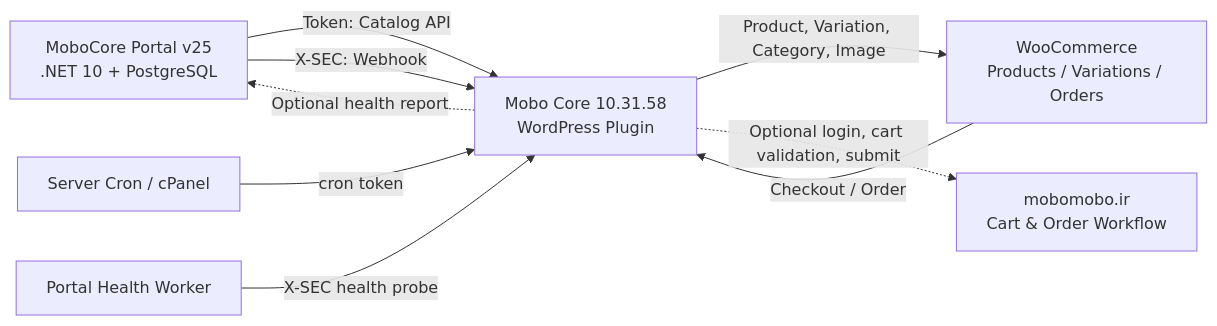
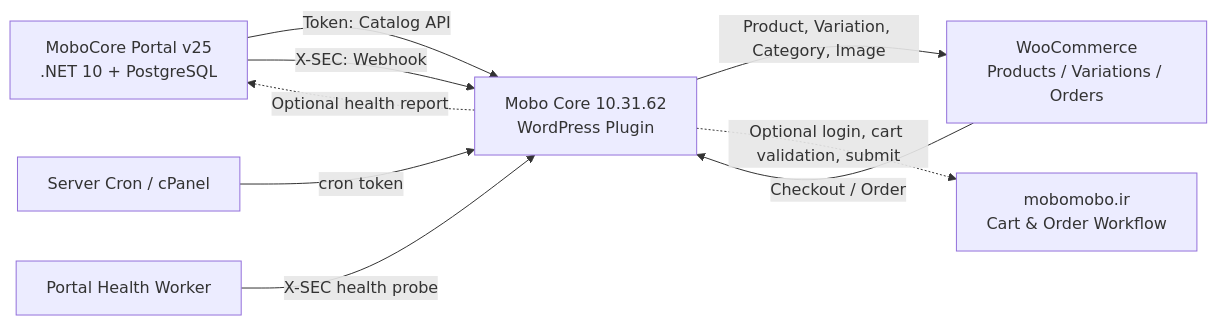
Before and after one commit to PedramDev/mobo-core: the first of 11 diagrams in wp-content/plugins/mobo-core/DIAGRAMS.MD, drawn with Mermaid. The commit also changed other lines of this file and 11 other files, not shown here.

````diff
--- a/wp-content/plugins/mobo-core/DIAGRAMS.MD
+++ b/wp-content/plugins/mobo-core/DIAGRAMS.MD
@@ -21,18 +21,18 @@
 ```mermaid
 flowchart LR
     P["MoboCore Portal v25<br/>.NET 10 + PostgreSQL"]
-    W["Mobo Core 10.31.58<br/>WordPress Plugin"]
+    W["Mobo Core 10.31.62<br/>WordPress Plugin"]
     WC["WooCommerce<br/>Products / Variations / Orders"]
     M["mobomobo.ir<br/>Cart & Order Workflow"]
     C["Server Cron / cPanel"]
     H["Portal Health Worker"]
 
     P -- "Token: Catalog API" --> W
     P -- "X-SEC: Webhook" --> W
     W -- "Product, Variation, Category, Image" --> WC
     WC -- "Checkout / Order" --> W
     W -. "Optional login, cart validation, submit" .-> M
     C -- "cron token" --> W
     H -- "X-SEC health probe" --> W
     W -. "Optional health report" .-> P
 ```
````
